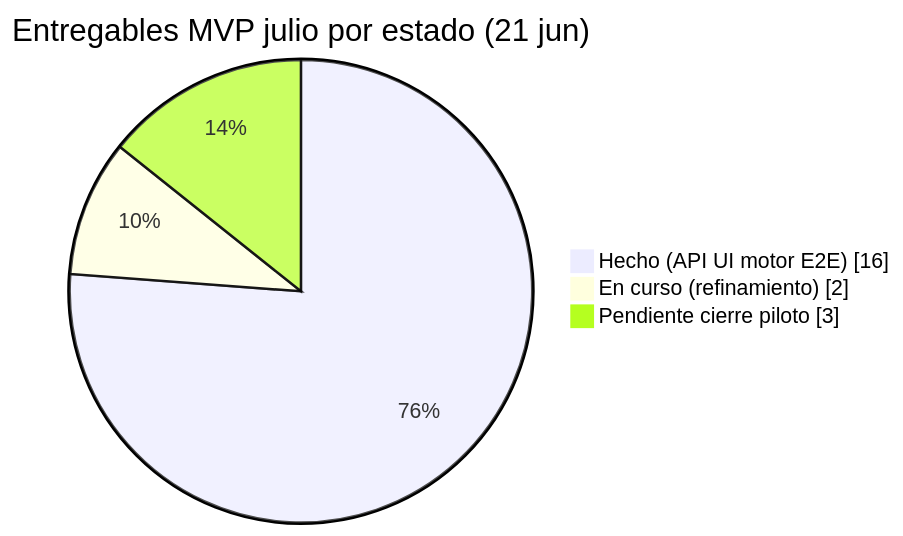
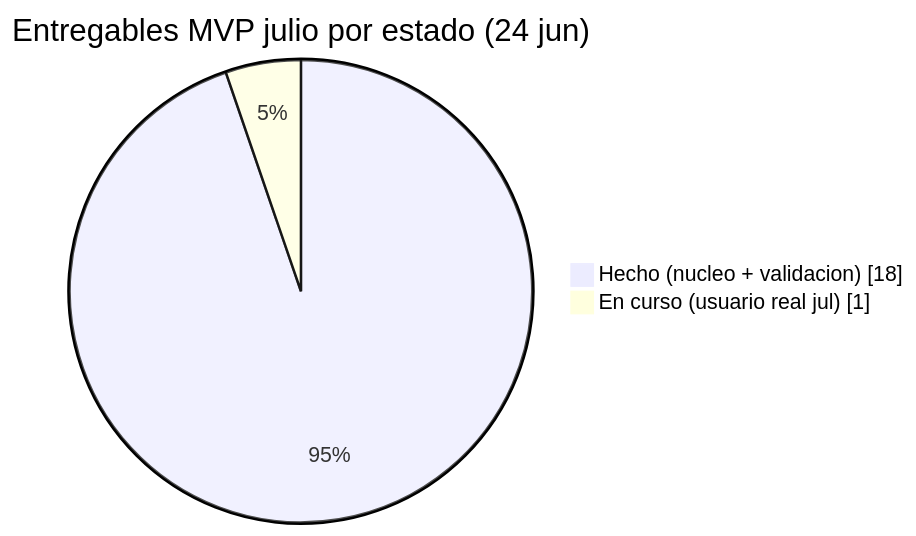
Before and after one commit to quintasc/taulamic: the third of 3 diagrams in docs/agile/roadmap-mvp-julio.md, drawn with Mermaid. The commit also changed other lines of this file and 3 other files, not shown here.

First line of the commit message:
docs(agile): actualizar planificacion post-validacion piloto 2026-06-24

````diff
--- a/docs/agile/roadmap-mvp-julio.md
+++ b/docs/agile/roadmap-mvp-julio.md
@@ -121,7 +123,6 @@
 ```mermaid
 pie showData
-    title Entregables MVP julio por estado (21 jun)
-    "Hecho (API UI motor E2E)" : 16
-    "En curso (refinamiento)" : 2
-    "Pendiente cierre piloto" : 3
+    title Entregables MVP julio por estado (24 jun)
+    "Hecho (nucleo + validacion)" : 18
+    "En curso (usuario real jul)" : 1
 ```
````
